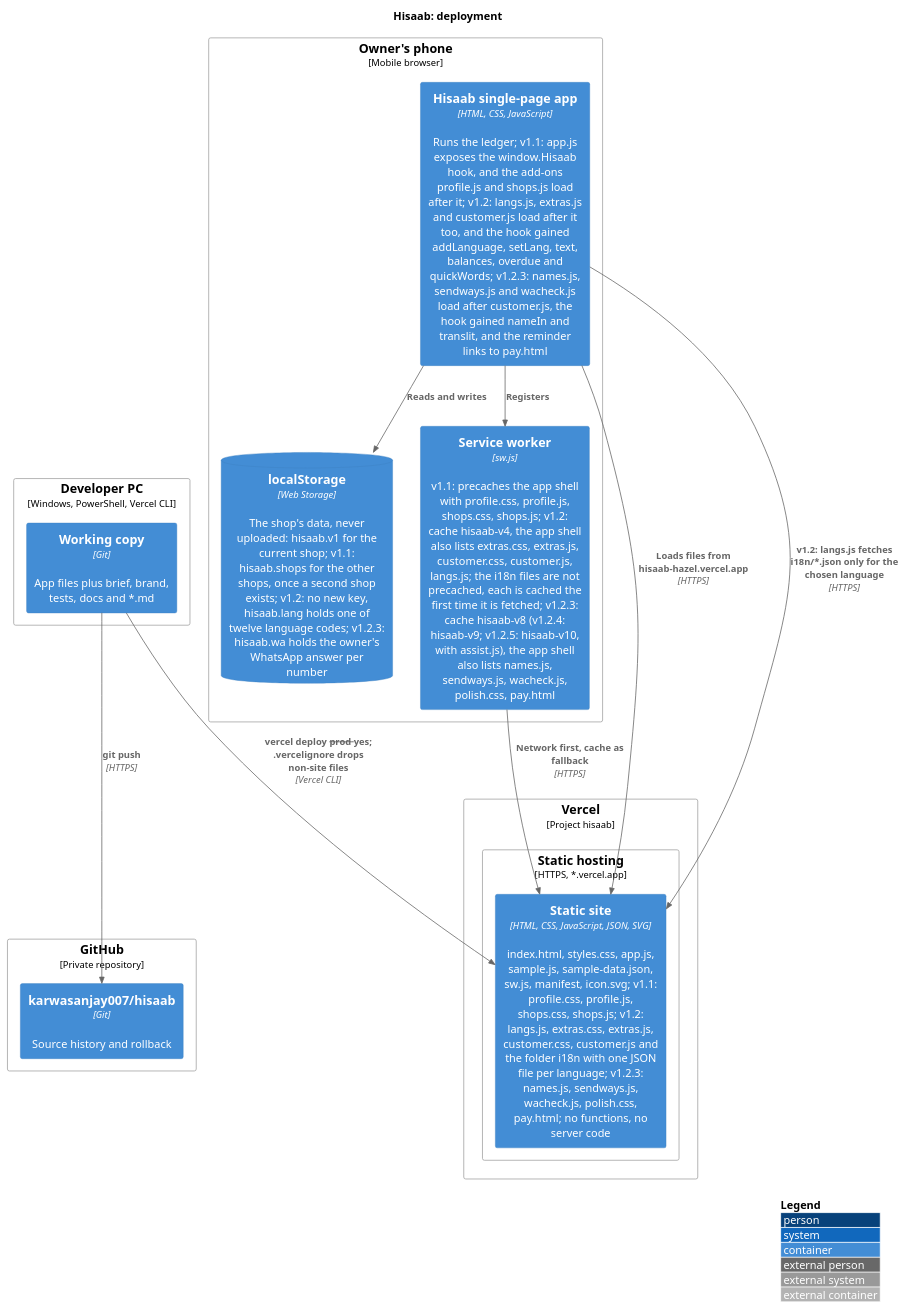
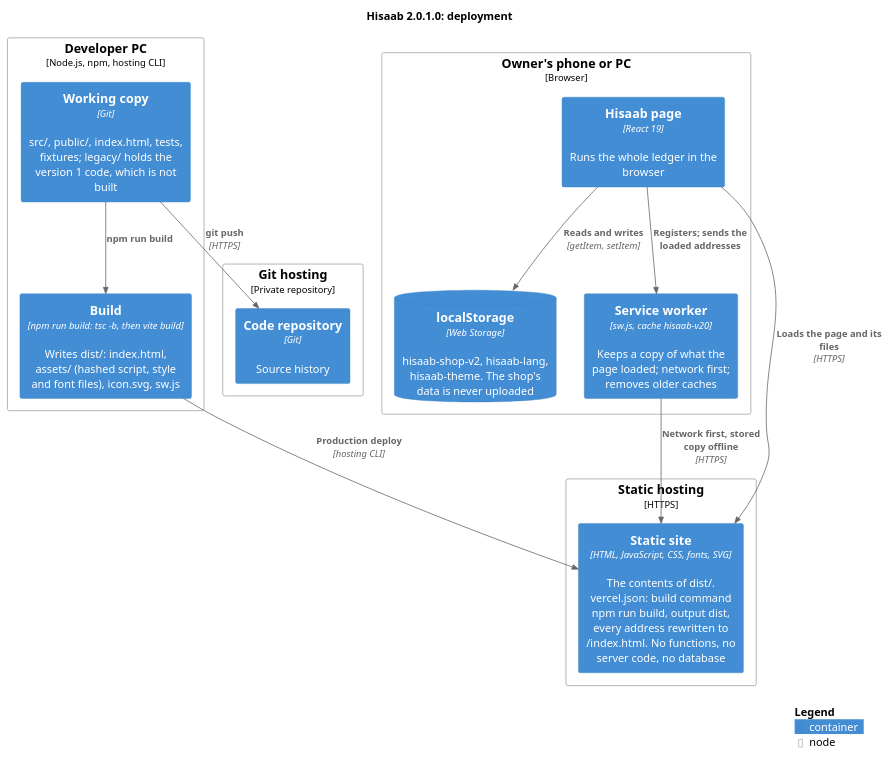
Before and after one commit to karwasanjay007/hisaab-docs: the diagram in docs/diagrams/deployment.puml, drawn with PlantUML. The commit also changed 54 other files, not shown here.

First line of the commit message:
Version 2.0.1.0: every document, journey and diagram rewritten from the rebuilt code

```diff
--- a/docs/diagrams/deployment.puml
+++ b/docs/diagrams/deployment.puml
@@ -1,31 +1,30 @@
 @startuml deployment
 !include <C4/C4_Deployment>
-title Hisaab: deployment
+title Hisaab 2.0.1.0: deployment
 
-Deployment_Node(dev, "Developer PC", "Windows, PowerShell, Vercel CLI") {
-  Container(src, "Working copy", "Git", "App files plus brief, brand, tests, docs and *.md")
+Deployment_Node(dev, "Developer PC", "Node.js, npm, hosting CLI") {
+  Container(src, "Working copy", "Git", "src/, public/, index.html, tests, fixtures; legacy/ holds the version 1 code, which is not built")
+  Container(build, "Build", "npm run build: tsc -b, then vite build", "Writes dist/: index.html, assets/ (hashed script, style and font files), icon.svg, sw.js")
 }
-Deployment_Node(gh, "GitHub", "Private repository") {
-  Container(repo, "karwasanjay007/hisaab", "Git", "Source history and rollback")
+Deployment_Node(gh, "Git hosting", "Private repository") {
+  Container(repo, "Code repository", "Git", "Source history")
 }
-Deployment_Node(vc, "Vercel", "Project hisaab") {
-  Deployment_Node(edge, "Static hosting", "HTTPS, *.vercel.app") {
-    Container(site, "Static site", "HTML, CSS, JavaScript, JSON, SVG", "index.html, styles.css, app.js, sample.js, sample-data.json, sw.js, manifest, icon.svg; v1.1: profile.css, profile.js, shops.css, shops.js; v1.2: langs.js, extras.css, extras.js, customer.css, customer.js and the folder i18n with one JSON file per language; v1.2.3: names.js, sendways.js, wacheck.js, polish.css, pay.html; no functions, no server code")
-  }
+Deployment_Node(vc, "Static hosting", "HTTPS") {
+  Container(site, "Static site", "HTML, JavaScript, CSS, fonts, SVG", "The contents of dist/. vercel.json: build command npm run build, output dist, every address rewritten to /index.html. No functions, no server code, no database")
 }
-Deployment_Node(phone, "Owner's phone", "Mobile browser") {
-  Container(app, "Hisaab single-page app", "HTML, CSS, JavaScript", "Runs the ledger; v1.1: app.js exposes the window.Hisaab hook, and the add-ons profile.js and shops.js load after it; v1.2: langs.js, extras.js and customer.js load after it too, and the hook gained addLanguage, setLang, text, balances, overdue and quickWords; v1.2.3: names.js, sendways.js and wacheck.js load after customer.js, the hook gained nameIn and translit, and the reminder links to pay.html")
-  ContainerDb(store, "localStorage", "Web Storage", "The shop's data, never uploaded: hisaab.v1 for the current shop; v1.1: hisaab.shops for the other shops, once a second shop exists; v1.2: no new key, hisaab.lang holds one of twelve language codes; v1.2.3: hisaab.wa holds the owner's WhatsApp answer per number")
-  Container(swk, "Service worker", "sw.js", "v1.1: precaches the app shell with profile.css, profile.js, shops.css, shops.js; v1.2: cache hisaab-v4, the app shell also lists extras.css, extras.js, customer.css, customer.js, langs.js; the i18n files are not precached, each is cached the first time it is fetched; v1.2.3: cache hisaab-v8 (v1.2.4: hisaab-v9; v1.2.5: hisaab-v10, with assist.js), the app shell also lists names.js, sendways.js, wacheck.js, polish.css, pay.html")
+Deployment_Node(phone, "Owner's phone or PC", "Browser") {
+  Container(app, "Hisaab page", "React 19", "Runs the whole ledger in the browser")
+  ContainerDb(store, "localStorage", "Web Storage", "hisaab-shop-v2, hisaab-lang, hisaab-theme. The shop's data is never uploaded")
+  Container(swk, "Service worker", "sw.js, cache hisaab-v20", "Keeps a copy of what the page loaded; network first; removes older caches")
 }
 
 Rel(src, repo, "git push", "HTTPS")
-Rel(src, site, "vercel deploy --prod --yes; .vercelignore drops non-site files", "Vercel CLI")
-Rel(app, site, "Loads files from hisaab-hazel.vercel.app", "HTTPS")
-Rel(app, site, "v1.2: langs.js fetches i18n/*.json only for the chosen language", "HTTPS")
-Rel(app, store, "Reads and writes")
-Rel(app, swk, "Registers")
-Rel(swk, site, "Network first, cache as fallback", "HTTPS")
+Rel(src, build, "npm run build")
+Rel(build, site, "Production deploy", "hosting CLI")
+Rel(app, site, "Loads the page and its files", "HTTPS")
+Rel(app, store, "Reads and writes", "getItem, setItem")
+Rel(app, swk, "Registers; sends the loaded addresses")
+Rel(swk, site, "Network first, stored copy offline", "HTTPS")
 
-LAYOUT_WITH_LEGEND()
+SHOW_LEGEND()
 @enduml
```
